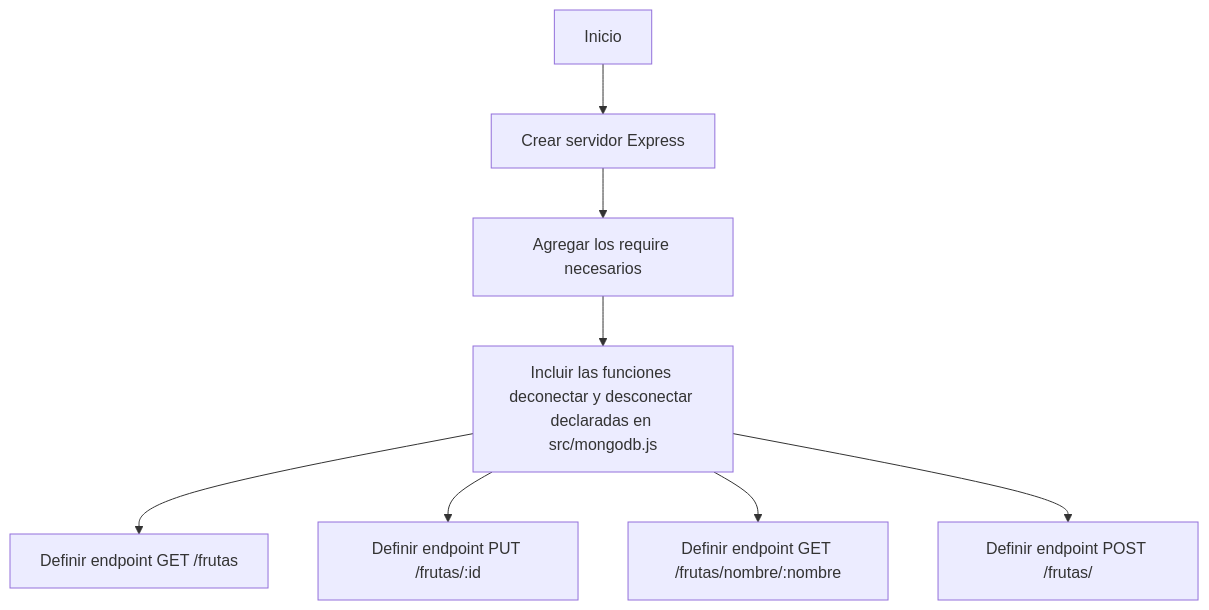
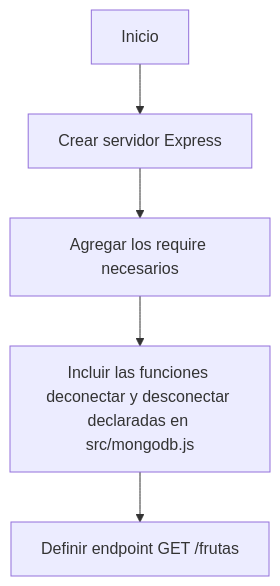
One commit to carolinamendez0/IngeniasTpIntegrador changed the second of 2 diagrams in README.md. Above: the diagram before and after it, drawn with Mermaid.

Commit message:
Se agregó la documentación del Api Frutas con grafico de prueba1

````diff
--- a/README.md
+++ b/README.md
@@ -142,10 +142,7 @@
 ```mermaid
 graph TD
   A[Inicio] --> B[Crear servidor Express]
   B --> C[Agregar los require necesarios]
   C --> D[Incluir las funciones deconectar y desconectar declaradas en src/mongodb.js]
   D --> E[Definir endpoint GET /frutas]
-  D --> F[Definir endpoint PUT /frutas/:id]
-  D --> G[Definir endpoint GET /frutas/nombre/:nombre]
-  D --> H[Definir endpoint POST /frutas/]
 ```
````
